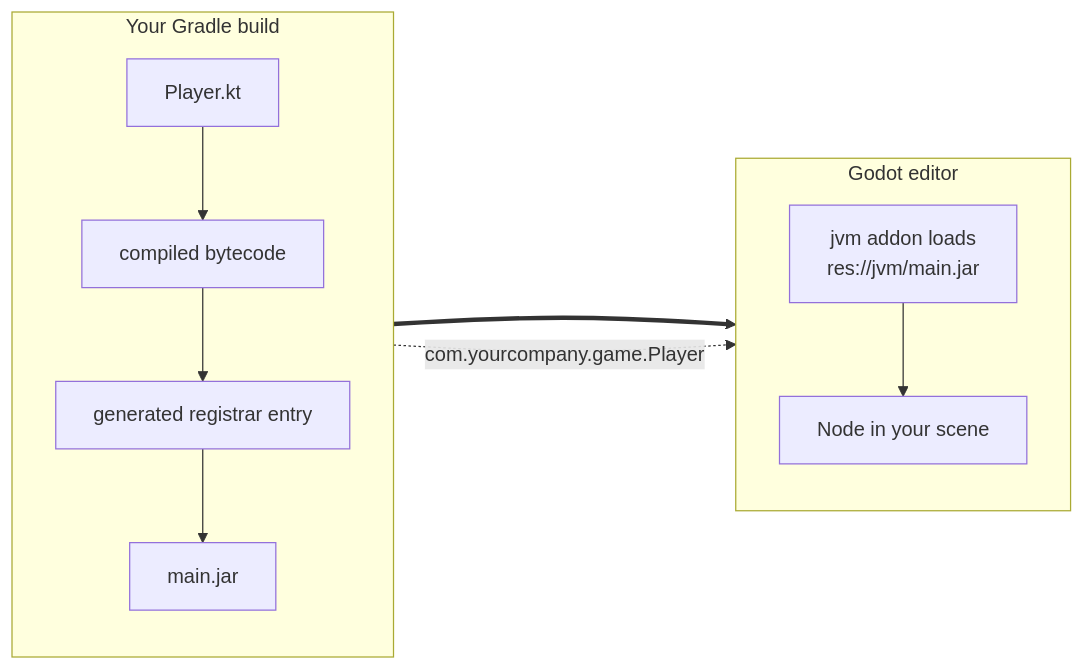
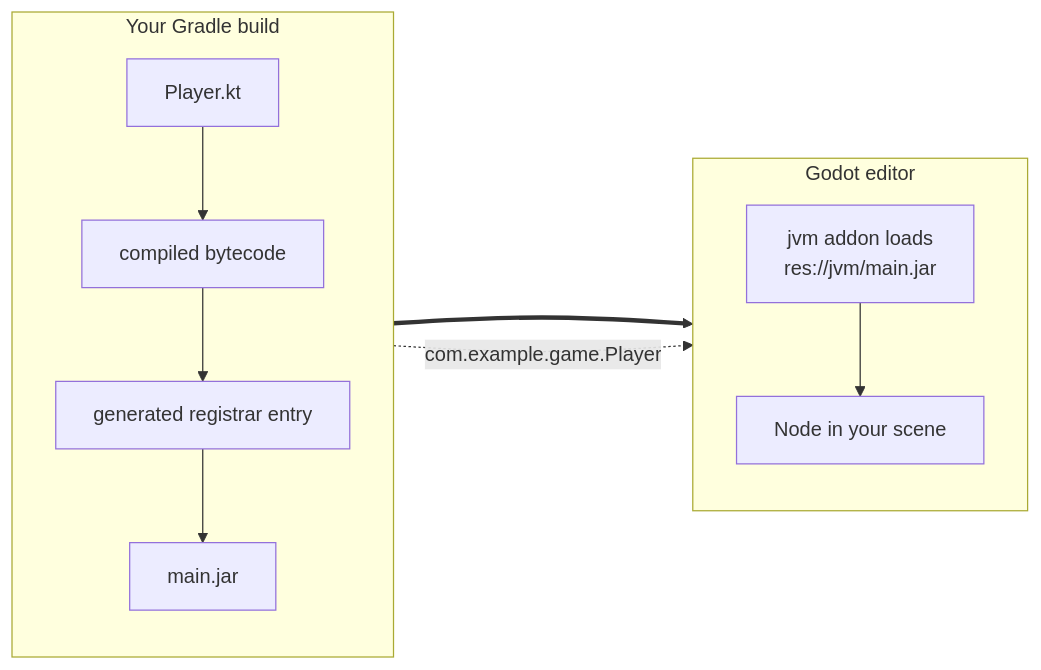
The first of 2 diagrams in docs/src/doc/contribute/how-it-works/index.md (utopia-rise/godot-jvm), drawn with Mermaid before and after one commit. The commit also changed 91 other files, not shown here.

````diff
--- a/docs/src/doc/contribute/how-it-works/index.md
+++ b/docs/src/doc/contribute/how-it-works/index.md
@@ -16,21 +16,21 @@
 ```mermaid
 flowchart LR
     subgraph build["Your Gradle build"]
         direction TB
         src["Player.kt"]
         cls["compiled bytecode"]
         reg["generated registrar entry"]
         jar["main.jar"]
         src --> cls --> reg --> jar
     end
 
     subgraph editor["Godot editor"]
         direction TB
         addon["jvm addon loads<br/>res://jvm/main.jar"]
         node["Node in your scene"]
         addon --> node
     end
 
     jar ==> addon
-    src -. "com.yourcompany.game.Player" .-> node
+    src -. "com.example.game.Player" .-> node
 ```
````
